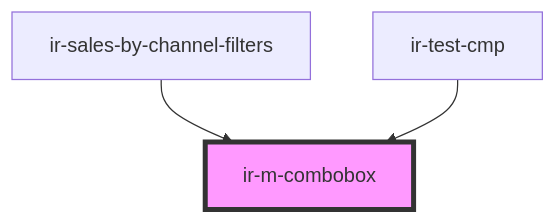
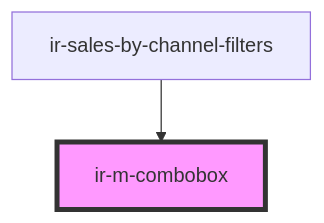
The diagram in src/components/ir-m-combobox/readme.md (RonyRizk/ir-webcmp), drawn with Mermaid before and after one commit. The commit also changed other lines of this file and 586 other files, not shown here.

````diff
--- a/src/components/ir-m-combobox/readme.md
+++ b/src/components/ir-m-combobox/readme.md
@@ -56,6 +55,5 @@
 ```mermaid
 graph TD;
   ir-sales-by-channel-filters --> ir-m-combobox
-  ir-test-cmp --> ir-m-combobox
   style ir-m-combobox fill:#f9f,stroke:#333,stroke-width:4px
 ```
````
